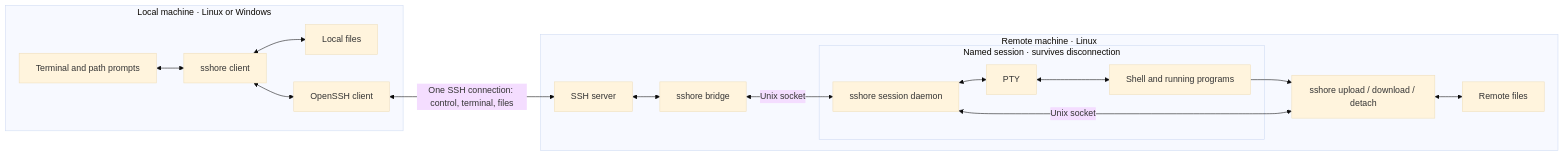
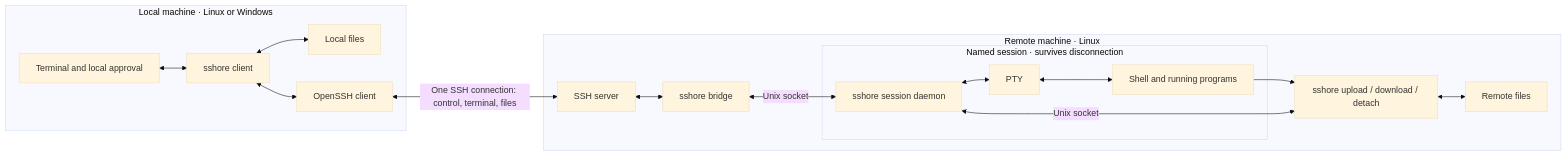
One commit to jay-waves/sshore changed the diagram in README.md. Above: the diagram before and after it, drawn with Mermaid (base theme). The commit also changed other lines of this file and 29 other files, not shown here.

Commit message:
Release 0.3.1 with detached local approval for sensitive operations

````diff
--- a/README.md
+++ b/README.md
@@ -11,20 +11,20 @@
 ```mermaid
 flowchart LR
     subgraph local["Local machine · Linux or Windows"]
-        terminal["Terminal and path prompts"] <--> client["sshore client"]
+        terminal["Terminal and local approval"] <--> client["sshore client"]
         client <--> localFiles["Local files"]
         client <--> ssh["OpenSSH client"]
     end
     subgraph remote["Remote machine · Linux"]
         sshd["SSH server"] <--> bridge["sshore bridge"]
         subgraph session["Named session · survives disconnection"]
             daemon["sshore session daemon"] <--> pty["PTY"]
             pty <--> shell["Shell and running programs"]
         end
         bridge <-->|Unix socket| daemon
         shell --> helper["sshore upload / download / detach"]
         helper <-->|Unix socket| daemon
         helper <--> remoteFiles["Remote files"]
     end
     ssh <-->|"One SSH connection: control, terminal, files"| sshd
 ```
````
